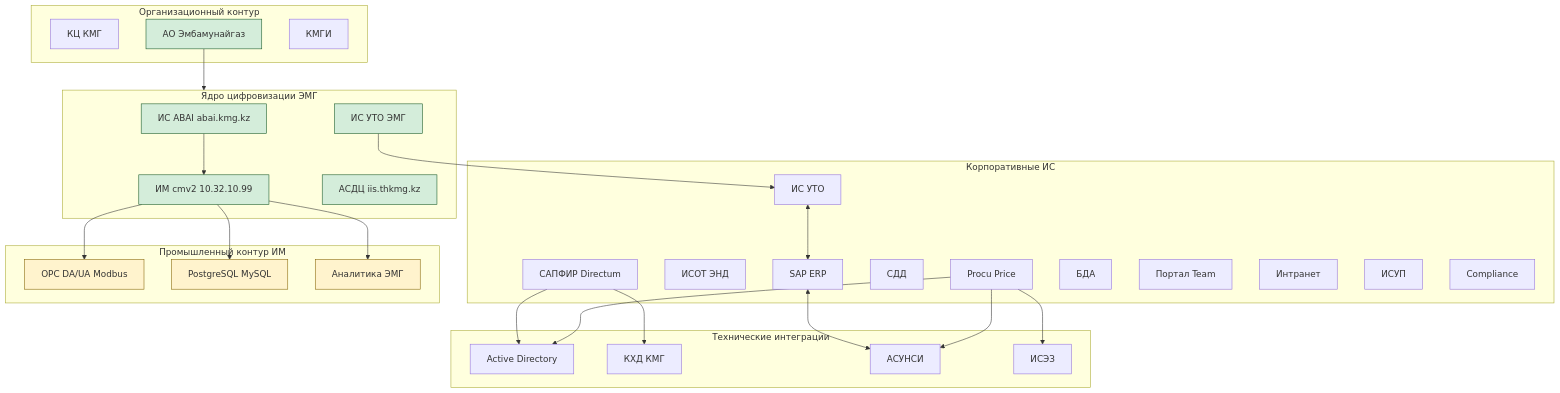
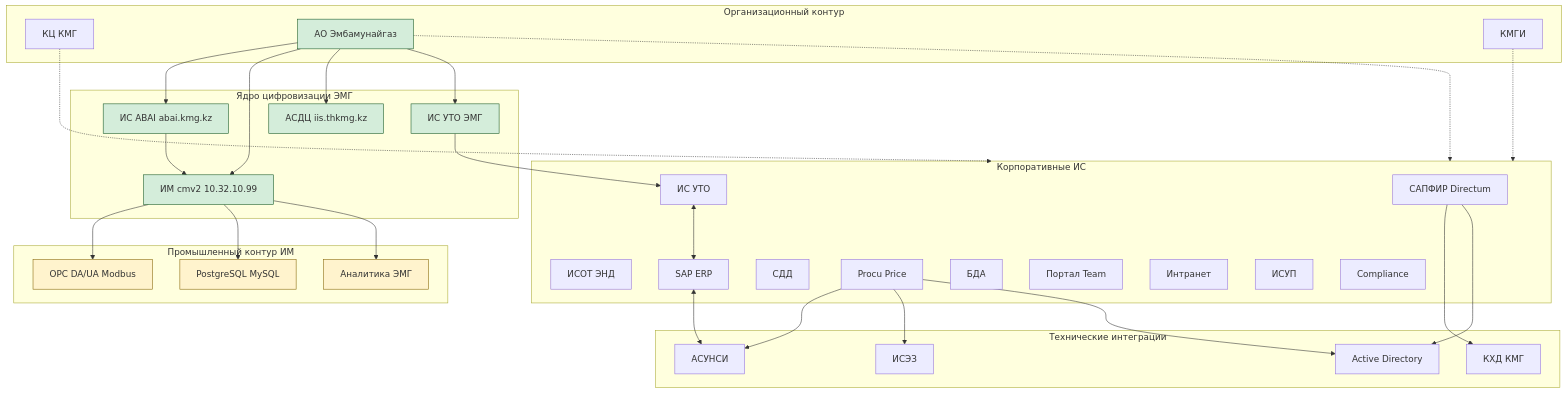
The diagram in docs/svg/00-summary-architecture.mmd (KMNV777/main_arsen), drawn with Mermaid before and after one commit. The commit also changed 16 other files, not shown here.

Commit message:
Improve EMG draw.io architecture diagrams

```diff
--- a/docs/svg/00-summary-architecture.mmd
+++ b/docs/svg/00-summary-architecture.mmd
@@ -1,59 +1,63 @@
 flowchart TB
     subgraph Org["Организационный контур"]
         KC["КЦ КМГ"]
         EMG["АО Эмбамунайгаз"]
         KMGI["КМГИ"]
     end
 
     subgraph CoreEMG["Ядро цифровизации ЭМГ"]
         ABAI["ИС ABAI abai.kmg.kz"]
         IM["ИМ cmv2 10.32.10.99"]
         ASDC["АСДЦ iis.thkmg.kz"]
         UTOEMG["ИС УТО ЭМГ"]
     end
 
     subgraph CorpIS["Корпоративные ИС"]
         SAPFIR["САПФИР Directum"]
         ISOT["ИСОТ ЭНД"]
         SAPP["SAP ERP"]
         UTO["ИС УТО"]
         SDD["СДД"]
         Procu["Procu Price"]
         BDA["БДА"]
         Team["Портал Team"]
         Intranet["Интранет"]
         ISUP["ИСУП"]
         Compliance["Compliance"]
     end
 
     subgraph TechInt["Технические интеграции"]
         AD["Active Directory"]
         KHD["КХД КМГ"]
         ASUNSI["АСУНСИ"]
         ISEZ["ИСЭЗ"]
     end
 
     subgraph OT["Промышленный контур ИМ"]
         OPC["OPC DA/UA Modbus"]
         PG["PostgreSQL MySQL"]
         Analytics["Аналитика ЭМГ"]
     end
 
-    EMG --> CoreEMG
+    KC & EMG & KMGI -.-> CorpIS
+    EMG --> ABAI
+    EMG --> IM
+    EMG --> ASDC
+    EMG --> UTOEMG
     ABAI --> IM
     IM --> OPC
     IM --> PG
     IM --> Analytics
     UTOEMG --> UTO
     UTO <--> SAPP
     Procu --> ASUNSI
     Procu --> ISEZ
     SAPP <--> ASUNSI
     SAPFIR --> KHD
     Procu --> AD
     SAPFIR --> AD
 
     classDef emg fill:#d4edda,stroke:#155724
     classDef ot fill:#fff3cd,stroke:#856404
     class ABAI,IM,UTOEMG,ASDC,EMG emg
     class OPC,PG,Analytics ot
```
